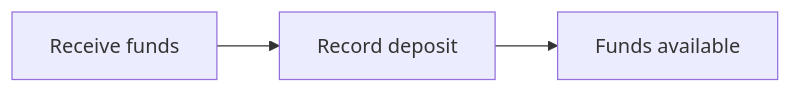
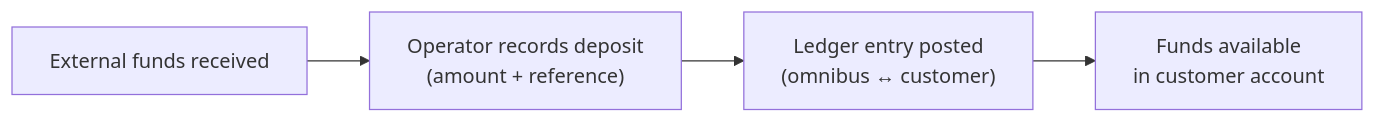
The first of 2 diagrams in docs-site/docs/technical-documentation/deposits/operations.md (GaloyMoney/lana-bank), drawn with Mermaid before and after one commit. The commit also changed other lines of this file and 19 other files, not shown here.

````diff
--- a/docs-site/docs/technical-documentation/deposits/operations.md
+++ b/docs-site/docs/technical-documentation/deposits/operations.md
@@ -17,4 +17,4 @@
 ```mermaid
 graph LR
-    RCV["Receive funds"] --> REC["Record deposit"] --> AVL["Funds available"]
+    RCV["External funds received"] --> REC["Operator records deposit<br/>(amount + reference)"] --> LEDGER["Ledger entry posted<br/>(omnibus ↔ customer)"] --> AVL["Funds available<br/>in customer account"]
 ```
````
